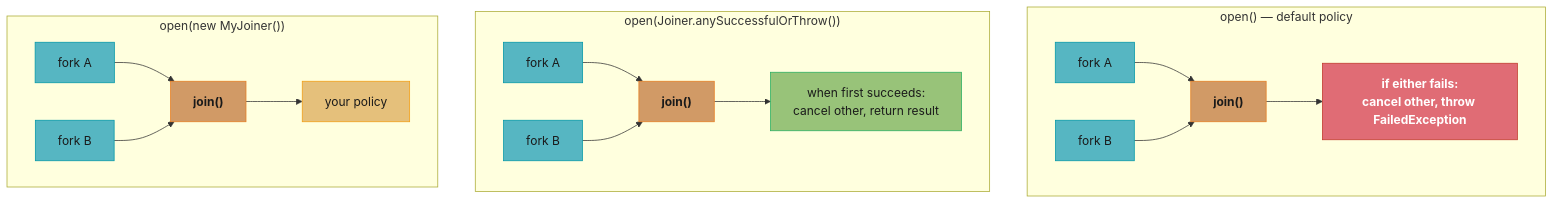
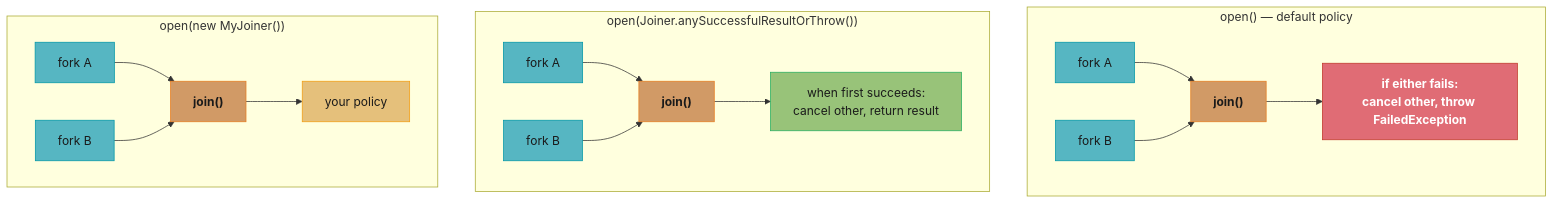
Before and after one commit to rppol/system-design: the first of 3 diagrams in src/main/java/com/rutik/systemdesign/java/structured_concurrency_and_loom/structured_concurrency_and_loom.md, drawn with Mermaid. The commit also changed other lines of this file and 466 other files, not shown here.

````diff
--- a/src/main/java/com/rutik/systemdesign/java/structured_concurrency_and_loom/structured_concurrency_and_loom.md
+++ b/src/main/java/com/rutik/systemdesign/java/structured_concurrency_and_loom/structured_concurrency_and_loom.md
@@ -96,34 +96,34 @@
 ```mermaid
 flowchart TD
     classDef io      fill:#61afef,stroke:#2e86c1,color:#1a1a1a,font-weight:bold
     classDef frozen  fill:#c678dd,stroke:#9b59b6,color:#fff
     classDef train   fill:#98c379,stroke:#27ae60,color:#1a1a1a
     classDef mathOp  fill:#d19a66,stroke:#e67e22,color:#1a1a1a,font-weight:bold
     classDef lossN   fill:#e06c75,stroke:#c0392b,color:#fff,font-weight:bold
     classDef req     fill:#56b6c2,stroke:#0097a7,color:#1a1a1a
     classDef base    fill:#e5c07b,stroke:#f39c12,color:#1a1a1a
 
     subgraph SOF["open() — default policy"]
         A1["fork A"] --> J1["join()"]
         B1["fork B"] --> J1
         J1 --> O1["if either fails:\ncancel other, throw FailedException"]
     end
 
-    subgraph SOS["open(Joiner.anySuccessfulOrThrow())"]
+    subgraph SOS["open(Joiner.anySuccessfulResultOrThrow())"]
         A2["fork A"] --> J2["join()"]
         B2["fork B"] --> J2
         J2 --> O2["when first succeeds:\ncancel other, return result"]
     end
 
     subgraph CUS["open(new MyJoiner())"]
         A3["fork A"] --> J3["join()"]
         B3["fork B"] --> J3
         J3 --> O3["your policy"]
     end
 
     class A1,B1,A2,B2,A3,B3 req
     class J1,J2,J3 mathOp
     class O1 lossN
     class O2 train
     class O3 base
 ```
````
